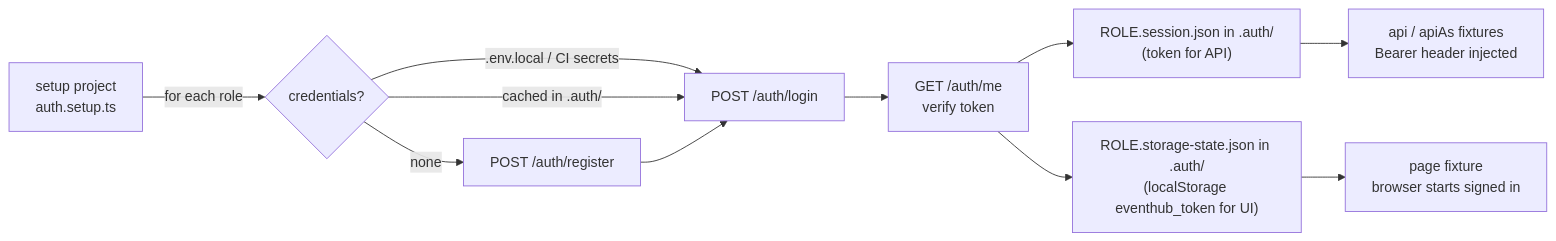
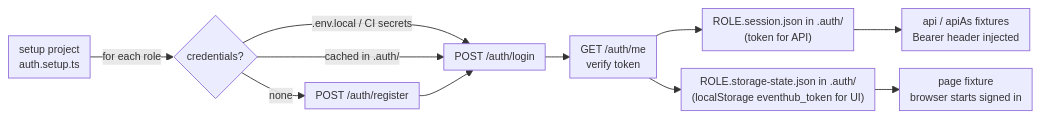
One commit to Heba2h/eventhub-qa-automation changed the second of 3 diagrams in README.md. Above: the diagram before and after it, drawn with Mermaid. The commit also changed other lines of this file, not shown here.

Commit message:
docs: focus README on the assessment solution with compact diagrams

````diff
--- a/README.md
+++ b/README.md
@@ -159,12 +172,13 @@
 ```mermaid
+%%{init: {"themeVariables": {"fontSize": "12px"}, "flowchart": {"nodeSpacing": 20, "rankSpacing": 28, "padding": 6, "diagramPadding": 4}}}%%
 flowchart LR
   A[setup project<br/>auth.setup.ts] -->|for each role| B{credentials?}
   B -->|.env.local / CI secrets| C[POST /auth/login]
   B -->|cached in .auth/| C
   B -->|none| D[POST /auth/register] --> C
   C --> E[GET /auth/me<br/>verify token]
   E --> F["ROLE.session.json in .auth/<br/>(token for API)"]
   E --> G["ROLE.storage-state.json in .auth/<br/>(localStorage eventhub_token for UI)"]
   F --> H[api / apiAs fixtures<br/>Bearer header injected]
   G --> I[page fixture<br/>browser starts signed in]
 ```
````
